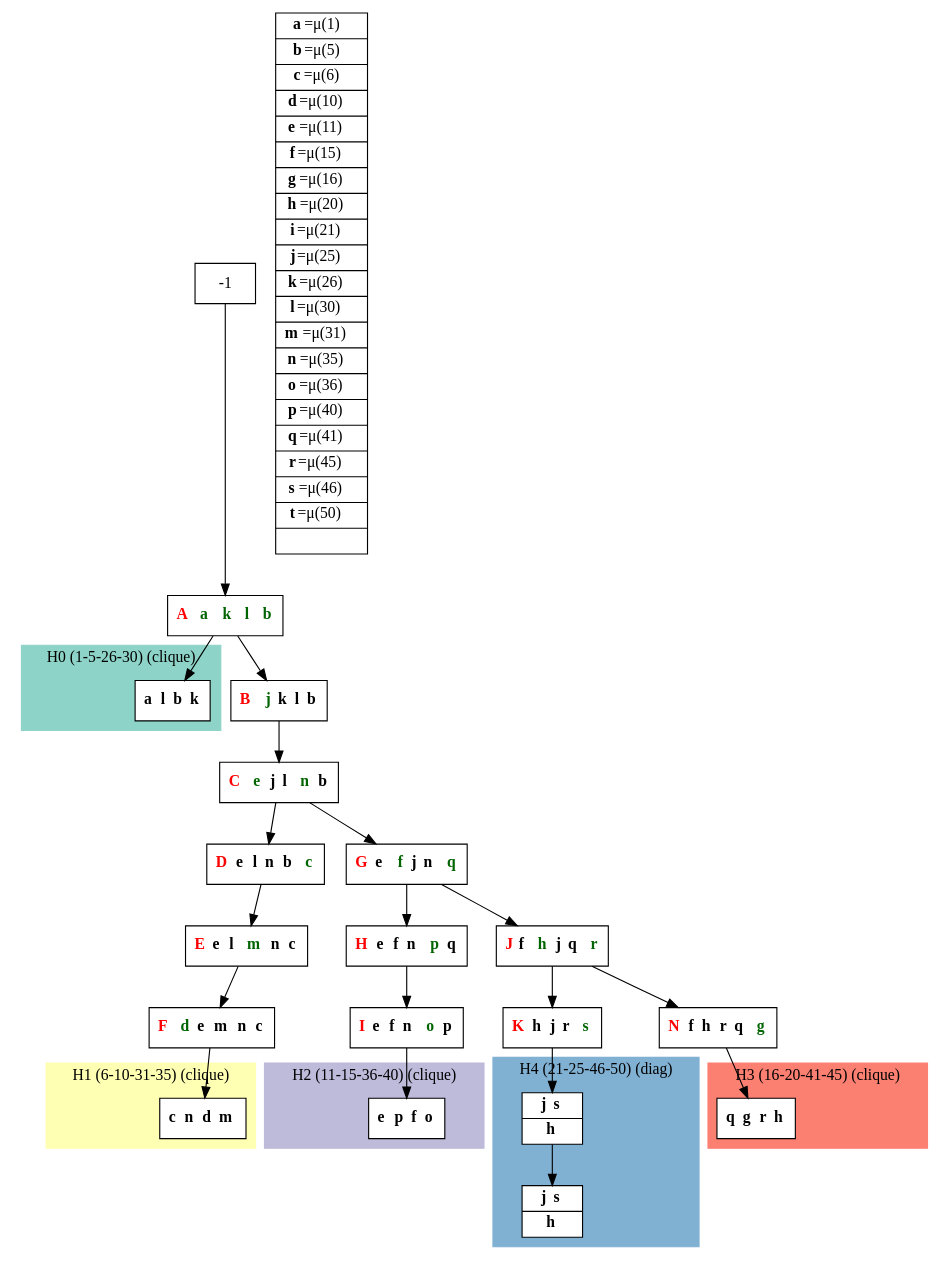
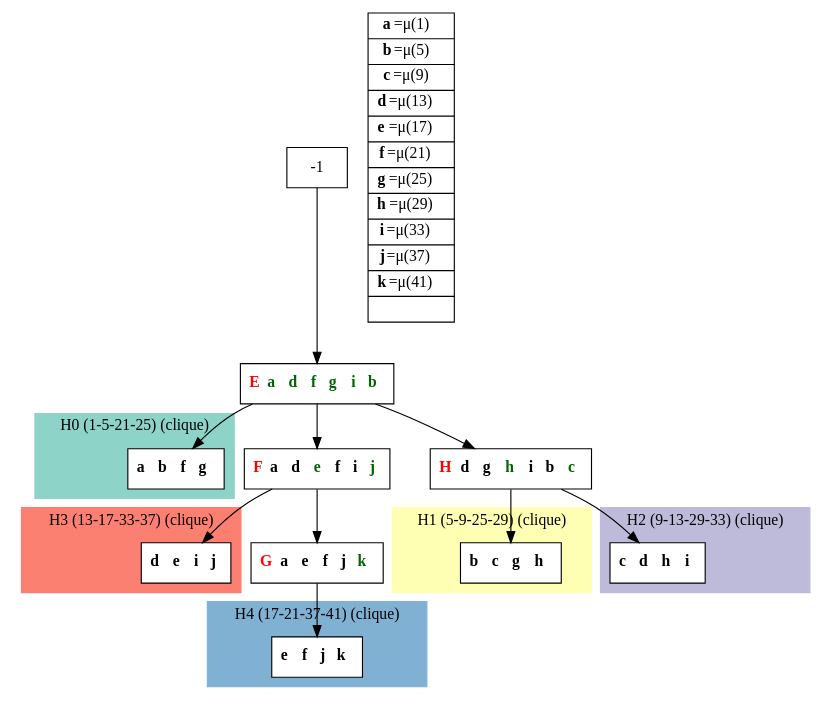
One commit to bmarchand/auto-dp changed the diagram in results/compact_dot_files/compact_K5_letters.dot. Above: the diagram before and after it, drawn with Graphviz. The commit also changed 188 other files, not shown here.

```diff
--- a/results/compact_dot_files/compact_K5_letters.dot
+++ b/results/compact_dot_files/compact_K5_letters.dot
@@ -1,79 +1,62 @@
 digraph G {
     node [shape=box];
     subgraph cluster0 {
         node [style=filled,fillcolor=white];
         labeljust="l";
         style=filled;
         color="#8DD3C7";
         H0_0;
-        label="H0 (1-5-26-30) (clique)";
+        label="H0 (1-5-21-25) (clique)";
     }
     subgraph cluster1 {
         node [style=filled,fillcolor=white];
         labeljust="l";
         style=filled;
         color="#FFFFB3";
         H1_0;
-        label="H1 (6-10-31-35) (clique)";
+        label="H1 (5-9-25-29) (clique)";
     }
     subgraph cluster2 {
         node [style=filled,fillcolor=white];
         labeljust="l";
         style=filled;
         color="#BEBADA";
         H2_0;
-        label="H2 (11-15-36-40) (clique)";
+        label="H2 (9-13-29-33) (clique)";
     }
     subgraph cluster3 {
         node [style=filled,fillcolor=white];
         labeljust="l";
         style=filled;
         color="#FB8072";
         H3_0;
-        label="H3 (16-20-41-45) (clique)";
+        label="H3 (13-17-33-37) (clique)";
     }
     subgraph cluster4 {
         node [style=filled,fillcolor=white];
         labeljust="l";
         style=filled;
         color="#80B1D3";
-        H4_7 -> H4_0;
-        label="H4 (21-25-46-50) (diag)";
+        H4_0;
+        label="H4 (17-21-37-41) (clique)";
     }
-     1 [shape=record,label= <{  <FONT COLOR="RED"><b>A</b></FONT>  <FONT COLOR="DARKGREEN"><b>a</b></FONT>  <FONT COLOR="DARKGREEN"><b>k</b></FONT>  <FONT COLOR="DARKGREEN"><b>l</b></FONT>  <FONT COLOR="DARKGREEN"><b>b</b></FONT>}> ];
+     1 [shape=record,label= <{  <FONT COLOR="RED"><b>E</b></FONT> <b><FONT COLOR="DARKGREEN">a </FONT></b> <b><FONT COLOR="DARKGREEN">d </FONT></b> <b><FONT COLOR="DARKGREEN">f </FONT></b> <b><FONT COLOR="DARKGREEN">g </FONT></b> <b><FONT COLOR="DARKGREEN">i </FONT></b> <b><FONT COLOR="DARKGREEN">b </FONT></b>}> ];
      -1  ->  1;
-     H0_0 [shape=record,label= <{ <b>a</b> <b>l</b> <b>b</b> <b>k</b>}> ];
+     21 [shape=record,label= <{  <FONT COLOR="RED"><b>F</b></FONT> <b>a </b> <b>d </b> <b><FONT COLOR="DARKGREEN">e </FONT></b> <b>f </b> <b>i </b> <b><FONT COLOR="DARKGREEN">j </FONT></b>}> ];
+     1  ->  21;
+     H3_0 [shape=record,label= <{ <b>d </b> <b>e </b> <b>i </b> <b>j </b>}> ];
+     21  ->  H3_0;
+     30 [shape=record,label= <{  <FONT COLOR="RED"><b>G</b></FONT> <b>a </b> <b>e </b> <b>f </b> <b>j </b> <b><FONT COLOR="DARKGREEN">k </FONT></b>}> ];
+     21  ->  30;
+     H4_0 [shape=record,label= <{ <b>e </b> <b>f </b> <b>j </b> <b>k </b>}> ];
+     30  ->  H4_0;
+     H0_0 [shape=record,label= <{ <b>a </b> <b>b </b> <b>f </b> <b>g </b>}> ];
      1  ->  H0_0;
-     37 [shape=record,label= <{  <FONT COLOR="RED"><b>B</b></FONT>  <FONT COLOR="DARKGREEN"><b>j</b></FONT> <b>k</b> <b>l</b> <b>b</b>}> ];
-     1  ->  37;
-     18 [shape=record,label= <{  <FONT COLOR="RED"><b>C</b></FONT>  <FONT COLOR="DARKGREEN"><b>e</b></FONT> <b>j</b> <b>l</b>  <FONT COLOR="DARKGREEN"><b>n</b></FONT> <b>b</b>}> ];
-     37  ->  18;
-     9 [shape=record,label= <{  <FONT COLOR="RED"><b>D</b></FONT> <b>e</b> <b>l</b> <b>n</b> <b>b</b>  <FONT COLOR="DARKGREEN"><b>c</b></FONT>}> ];
-     18  ->  9;
-     10 [shape=record,label= <{  <FONT COLOR="RED"><b>E</b></FONT> <b>e</b> <b>l</b>  <FONT COLOR="DARKGREEN"><b>m</b></FONT> <b>n</b> <b>c</b>}> ];
-     9  ->  10;
-     11 [shape=record,label= <{  <FONT COLOR="RED"><b>F</b></FONT>  <FONT COLOR="DARKGREEN"><b>d</b></FONT> <b>e</b> <b>m</b> <b>n</b> <b>c</b>}> ];
-     10  ->  11;
-     H1_0 [shape=record,label= <{ <b>c</b> <b>n</b> <b>d</b> <b>m</b>}> ];
-     11  ->  H1_0;
-     19 [shape=record,label= <{  <FONT COLOR="RED"><b>G</b></FONT> <b>e</b>  <FONT COLOR="DARKGREEN"><b>f</b></FONT> <b>j</b> <b>n</b>  <FONT COLOR="DARKGREEN"><b>q</b></FONT>}> ];
-     18  ->  19;
-     20 [shape=record,label= <{  <FONT COLOR="RED"><b>H</b></FONT> <b>e</b> <b>f</b> <b>n</b>  <FONT COLOR="DARKGREEN"><b>p</b></FONT> <b>q</b>}> ];
-     19  ->  20;
-     21 [shape=record,label= <{  <FONT COLOR="RED"><b>I</b></FONT> <b>e</b> <b>f</b> <b>n</b>  <FONT COLOR="DARKGREEN"><b>o</b></FONT> <b>p</b>}> ];
-     20  ->  21;
-     H2_0 [shape=record,label= <{ <b>e</b> <b>p</b> <b>f</b> <b>o</b>}> ];
-     21  ->  H2_0;
-     28 [shape=record,label= <{  <FONT COLOR="RED"><b>J</b></FONT> <b>f</b>  <FONT COLOR="DARKGREEN"><b>h</b></FONT> <b>j</b> <b>q</b>  <FONT COLOR="DARKGREEN"><b>r</b></FONT>}> ];
-     19  ->  28;
-     36 [shape=record,label= <{  <FONT COLOR="RED"><b>K</b></FONT> <b>h</b> <b>j</b> <b>r</b>  <FONT COLOR="DARKGREEN"><b>s</b></FONT>}> ];
-     28  ->  36;
-     H4_7 [shape=record,label= <{ <b>j</b> <b>s</b>|  <b>h</b>}> ];
-     36  ->  H4_7;
-     H4_0 [shape=record,label= <{ <b>j</b> <b>s</b>|  <b>h</b>}> ];
-     30 [shape=record,label= <{  <FONT COLOR="RED"><b>N</b></FONT> <b>f</b> <b>h</b> <b>r</b> <b>q</b>  <FONT COLOR="DARKGREEN"><b>g</b></FONT>}> ];
-     28  ->  30;
-     H3_0 [shape=record,label= <{ <b>q</b> <b>g</b> <b>r</b> <b>h</b>}> ];
-     30  ->  H3_0;
-    labels [shape=record,label= <{<b>a</b>=&#956;(1) | <b>b</b>=&#956;(5) | <b>c</b>=&#956;(6) | <b>d</b>=&#956;(10) | <b>e</b>=&#956;(11) | <b>f</b>=&#956;(15) | <b>g</b>=&#956;(16) | <b>h</b>=&#956;(20) | <b>i</b>=&#956;(21) | <b>j</b>=&#956;(25) | <b>k</b>=&#956;(26) | <b>l</b>=&#956;(30) | <b>m</b>=&#956;(31) | <b>n</b>=&#956;(35) | <b>o</b>=&#956;(36) | <b>p</b>=&#956;(40) | <b>q</b>=&#956;(41) | <b>r</b>=&#956;(45) | <b>s</b>=&#956;(46) | <b>t</b>=&#956;(50) | }> ];
+     8 [shape=record,label= <{  <FONT COLOR="RED"><b>H</b></FONT> <b>d </b> <b>g </b> <b><FONT COLOR="DARKGREEN">h </FONT></b> <b>i </b> <b>b </b> <b><FONT COLOR="DARKGREEN">c </FONT></b>}> ];
+     1  ->  8;
+     H1_0 [shape=record,label= <{ <b>b </b> <b>c </b> <b>g </b> <b>h </b>}> ];
+     8  ->  H1_0;
+     H2_0 [shape=record,label= <{ <b>c </b> <b>d </b> <b>h </b> <b>i </b>}> ];
+     8  ->  H2_0;
+    labels [shape=record,label= <{<b>a</b>=&#956;(1) | <b>b</b>=&#956;(5) | <b>c</b>=&#956;(9) | <b>d</b>=&#956;(13) | <b>e</b>=&#956;(17) | <b>f</b>=&#956;(21) | <b>g</b>=&#956;(25) | <b>h</b>=&#956;(29) | <b>i</b>=&#956;(33) | <b>j</b>=&#956;(37) | <b>k</b>=&#956;(41) | }> ];
 }
```
